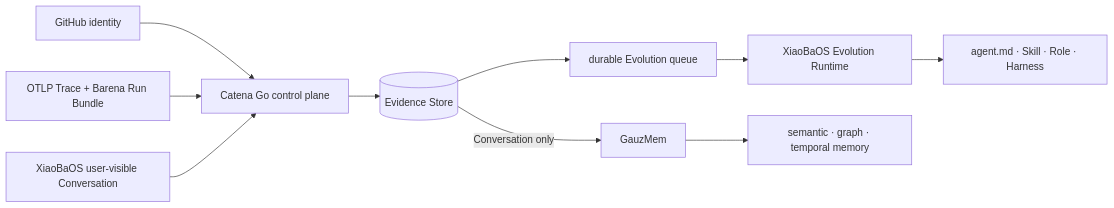
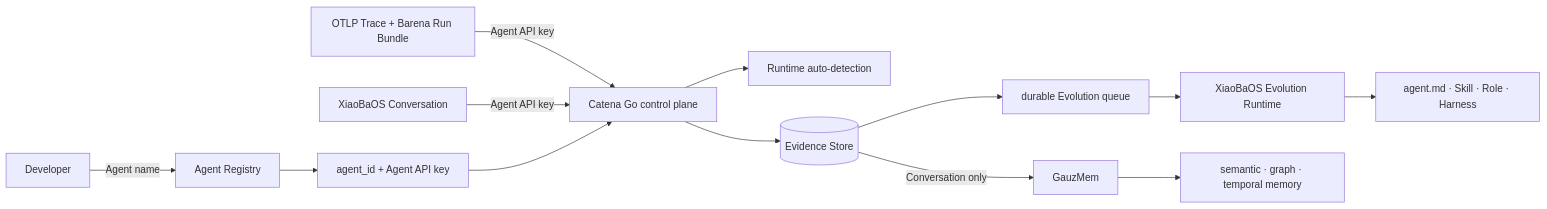
The second of 2 diagrams in SPEC.md (fightheyyy/CATENA), drawn with Mermaid before and after one commit. The commit also changed other lines of this file and 27 other files, not shown here.

Commit message:
Make Agent identity the ingestion boundary

````diff
--- a/SPEC.md
+++ b/SPEC.md
@@ -49,12 +49,15 @@
 ```mermaid
 flowchart LR
-    Identity["GitHub identity"] --> Core["Catena Go control plane"]
-    Trace["OTLP Trace + Barena Run Bundle"] --> Core
-    Conversation["XiaoBaOS user-visible Conversation"] --> Core
+    Developer["Developer"] -->|"Agent name"| Registry["Agent Registry"]
+    Registry --> Binding["agent_id + Agent API key"]
+    Trace["OTLP Trace + Barena Run Bundle"] -->|"Agent API key"| Core["Catena Go control plane"]
+    Conversation["XiaoBaOS Conversation"] -->|"Agent API key"| Core
+    Binding --> Core
+    Core --> Detect["Runtime auto-detection"]
     Core --> Evidence[("Evidence Store")]
     Evidence --> Queue["durable Evolution queue"]
     Queue --> Runtime["XiaoBaOS Evolution Runtime"]
     Runtime --> Assets["agent.md · Skill · Role · Harness"]
     Evidence -->|"Conversation only"| GauzMem["GauzMem"]
     GauzMem --> Memory["semantic · graph · temporal memory"]
 ```
````
